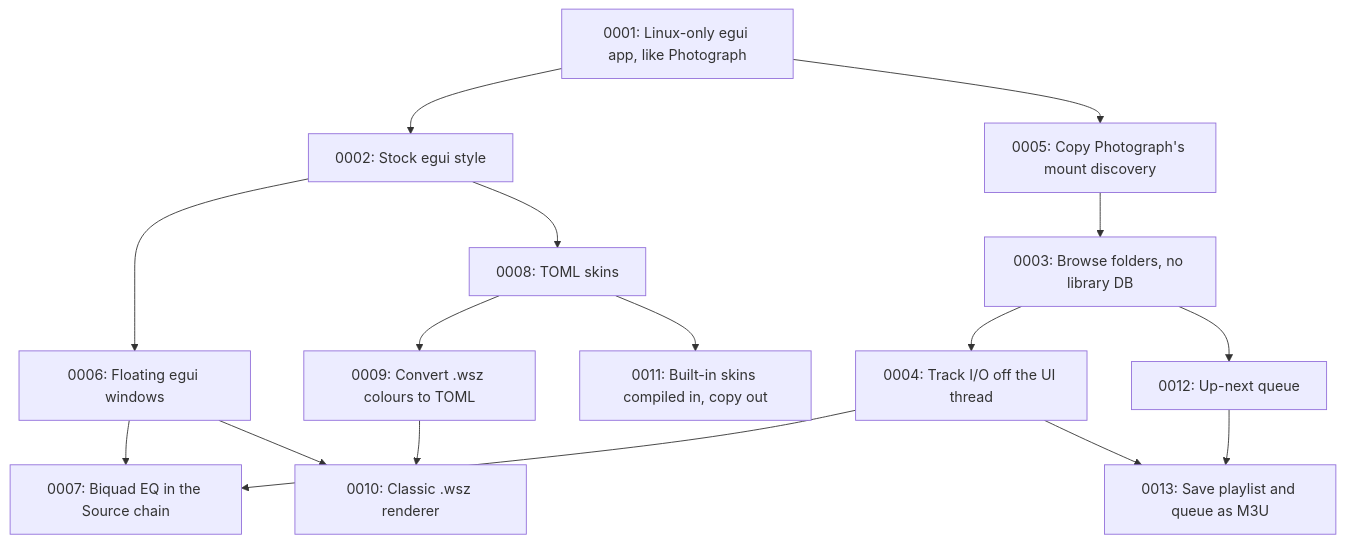
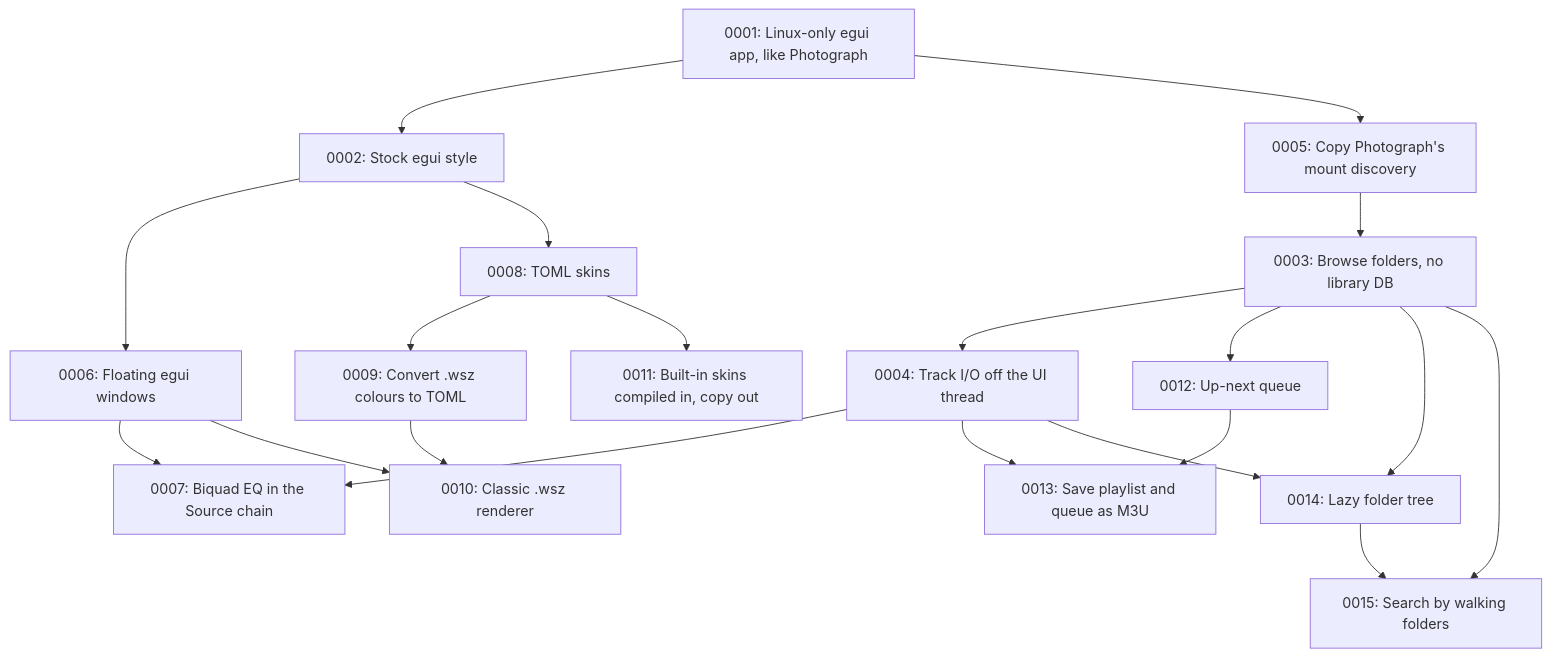
Before and after one commit to divanvisagie/UnAmp: the diagram in docs/adr/README.md, drawn with Mermaid. The commit also changed other lines of this file and 9 other files, not shown here.

````diff
--- a/docs/adr/README.md
+++ b/docs/adr/README.md
@@ -59,18 +61,22 @@
 ```mermaid
 flowchart TD
     A[0001: Linux-only egui app, like Photograph] --> B[0002: Stock egui style]
     A --> E[0005: Copy Photograph's mount discovery]
     C[0003: Browse folders, no library DB] --> D[0004: Track I/O off the UI thread]
     E --> C
     B --> F[0006: Floating egui windows]
     D --> G[0007: Biquad EQ in the Source chain]
     F --> G
     B --> H[0008: TOML skins]
     H --> I[0009: Convert .wsz colours to TOML]
     I --> J[0010: Classic .wsz renderer]
     F --> J
     H --> K[0011: Built-in skins compiled in, copy out]
     C --> L[0012: Up-next queue]
     L --> M[0013: Save playlist and queue as M3U]
     D --> M
+    C --> N[0014: Lazy folder tree]
+    D --> N
+    C --> O[0015: Search by walking folders]
+    N --> O
 ```
````
